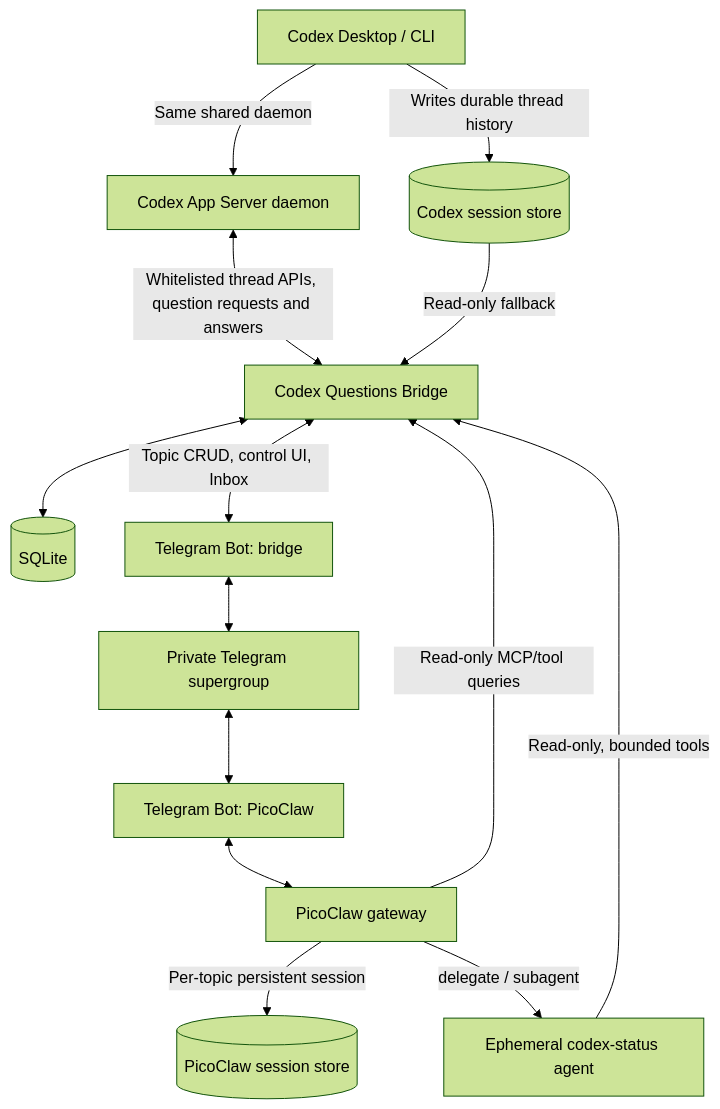
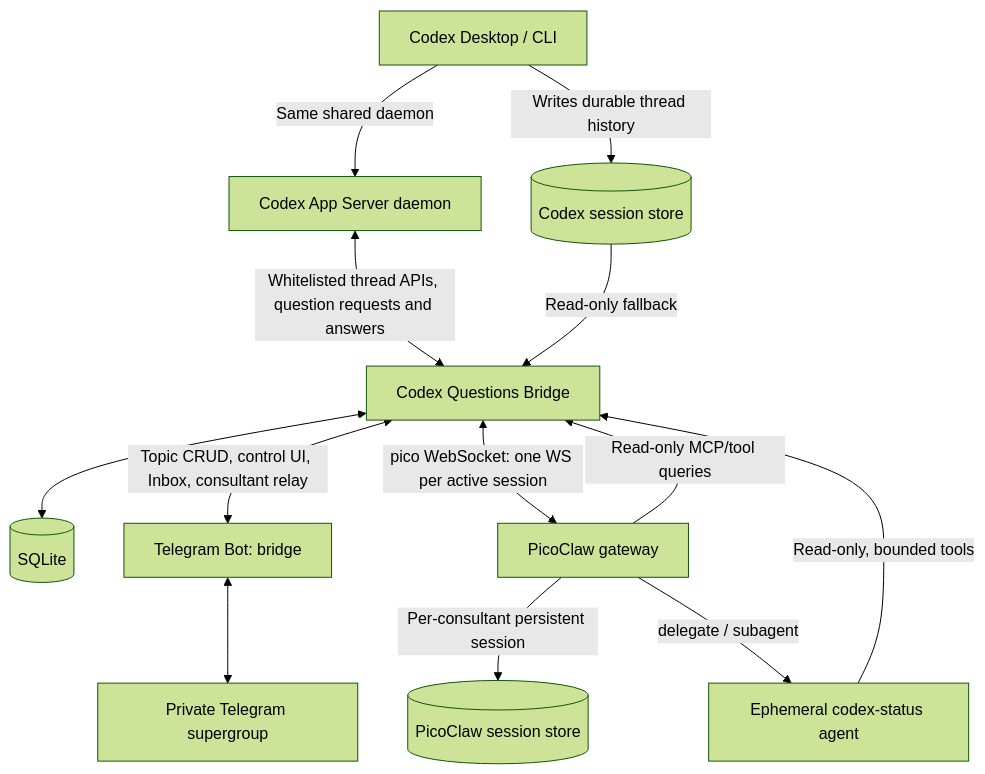
Before and after one commit to todaysday/codex-questions-bridge: the first of 2 diagrams in doc/Codex_Questions_Bridge_Design.md, drawn with Mermaid (forest theme). The commit also changed other lines of this file and 1 other file, not shown here.

Commit message:
Design v0.3: Bridge-owned consultant gateway over PicoClaw pico WebSocket (spike S0-B)

````diff
--- a/doc/Codex_Questions_Bridge_Design.md
+++ b/doc/Codex_Questions_Bridge_Design.md
@@ -27,16 +27,15 @@
 ```mermaid
 flowchart TD
     CD[Codex Desktop / CLI] -->|Writes durable thread history| STORE[(Codex session store)]
     CD -->|Same shared daemon| AS[Codex App Server daemon]
     AS <-->|Whitelisted thread APIs, question requests and answers| BR
     STORE -->|Read-only fallback| BR[Codex Questions Bridge]
     BR <--> DB[(SQLite)]
-    BR <-->|Topic CRUD, control UI, Inbox| TB[Telegram Bot: bridge]
+    BR <-->|Topic CRUD, control UI, Inbox, consultant relay| TB[Telegram Bot: bridge]
     TB <--> TG[Private Telegram supergroup]
-    TG <--> PB[Telegram Bot: PicoClaw]
-    PB <--> PC[PicoClaw gateway]
-    PC -->|Per-topic persistent session| PS[(PicoClaw session store)]
+    BR <-->|pico WebSocket: one WS per active session| PC[PicoClaw gateway]
+    PC -->|Per-consultant persistent session| PS[(PicoClaw session store)]
     PC -->|Read-only MCP/tool queries| BR
     PC -->|delegate / subagent| SA[Ephemeral codex-status agent]
     SA -->|Read-only, bounded tools| BR
 ```
````
